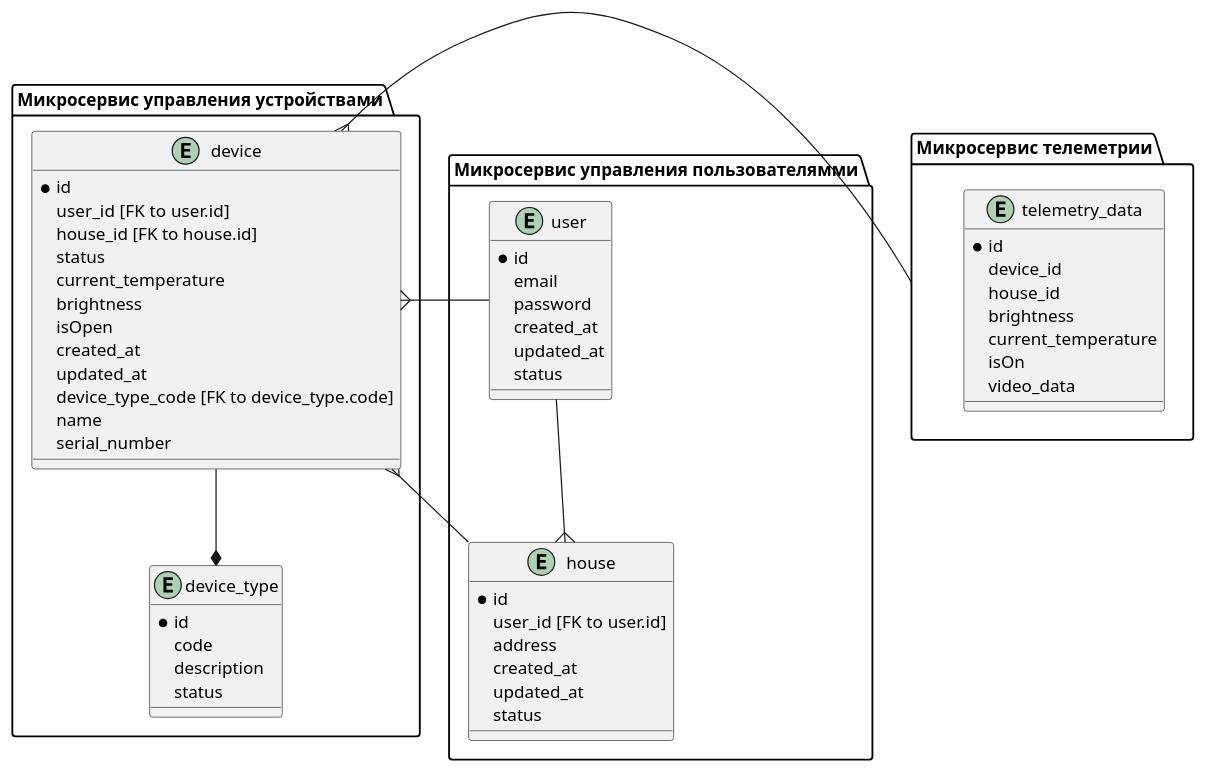
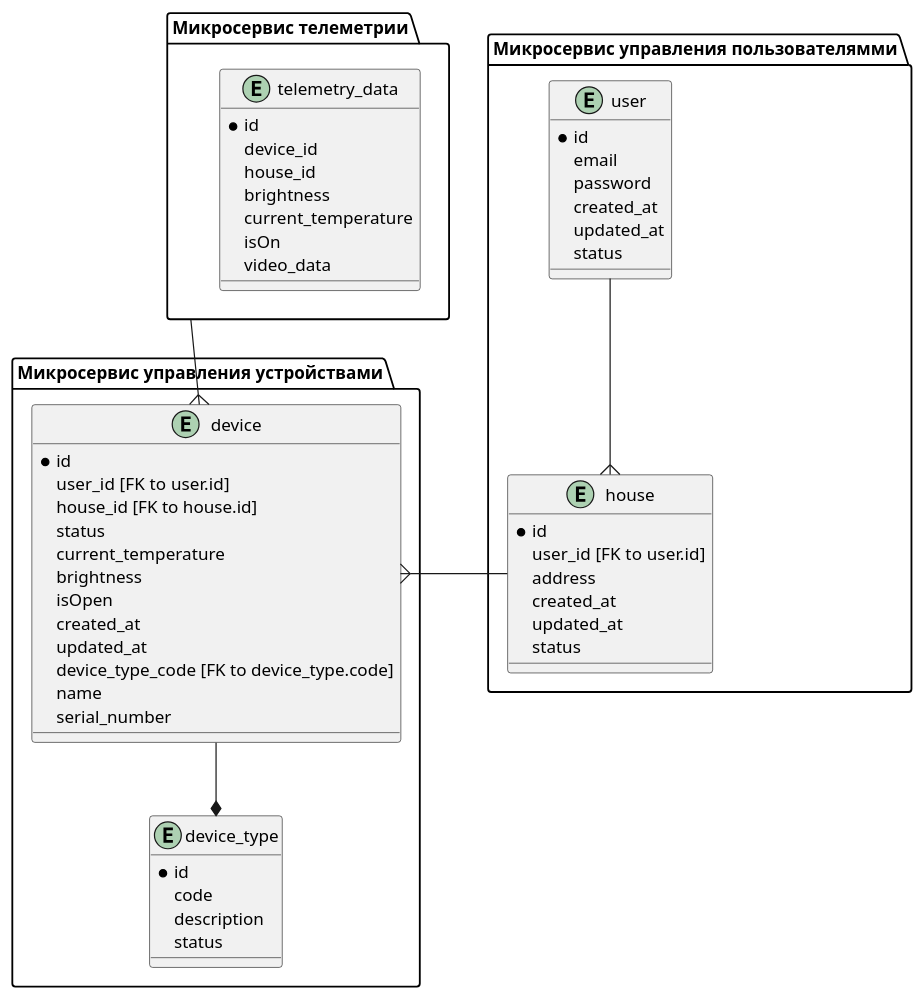
The diagram in diagrams/ER_microservice-arch.plantuml (tkabdullin/arch-sprint-3), drawn with PlantUML before and after one commit. The commit also changed 11 other files, not shown here.

Commit message:
Исправлены диаграммы для заданий из 1 пула по комментариям на 2-й итерации ревью, а также добавлена реализация и запуск микросервисов для начала задания пула 2. Дополнительно прошу подсветить, чего не хватает для прохождения данного задания в пуле задач №2

```diff
--- a/diagrams/ER_microservice-arch.plantuml
+++ b/diagrams/ER_microservice-arch.plantuml
@@ -1,68 +1,67 @@
 @startuml
 package user_package as "Микросервис управления пользователямми" {
     entity user {
         * id
         email
         password
         created_at
         updated_at
         status
     }
     
     entity house {
         * id
         user_id [FK to user.id]
         address
         created_at
         updated_at
         status
 
     }
     user --{ house
 
 }
 
 package device_package as "Микросервис управления устройствами" {
     entity device {
         * id
         user_id [FK to user.id]
         house_id [FK to house.id]
         status
         current_temperature
         brightness
         isOpen
         created_at
         updated_at
         device_type_code [FK to device_type.code]
         name
         serial_number
     }
 
     entity device_type {
         * id
         code 
         description
         status
     }
 
     device --* device_type
 }
 
 package telemetry as "Микросервис телеметрии" {
     entity telemetry_data {
         * id
         device_id
         house_id
         brightness
         current_temperature
         isOn
         video_data
     }
 }
 
 house -L-{ device
-user -L-{ device
 
-telemetry -R-{ device
+telemetry --{ device
 
 @enduml
```
